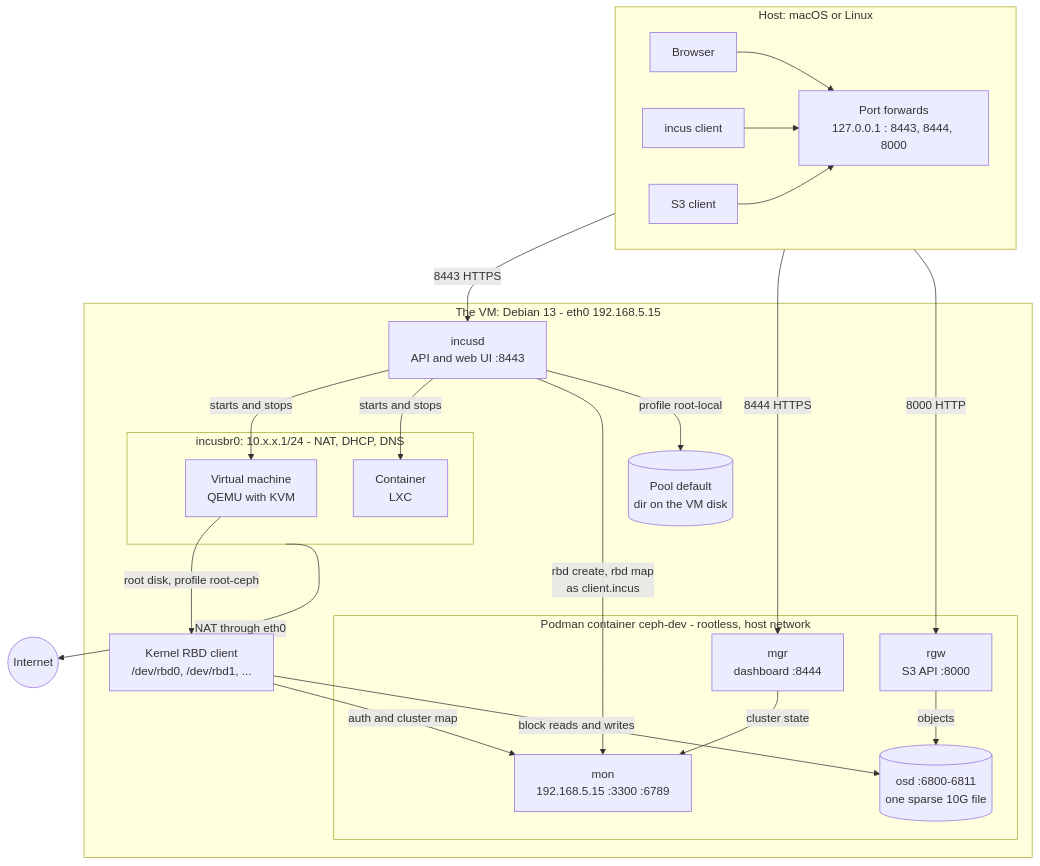
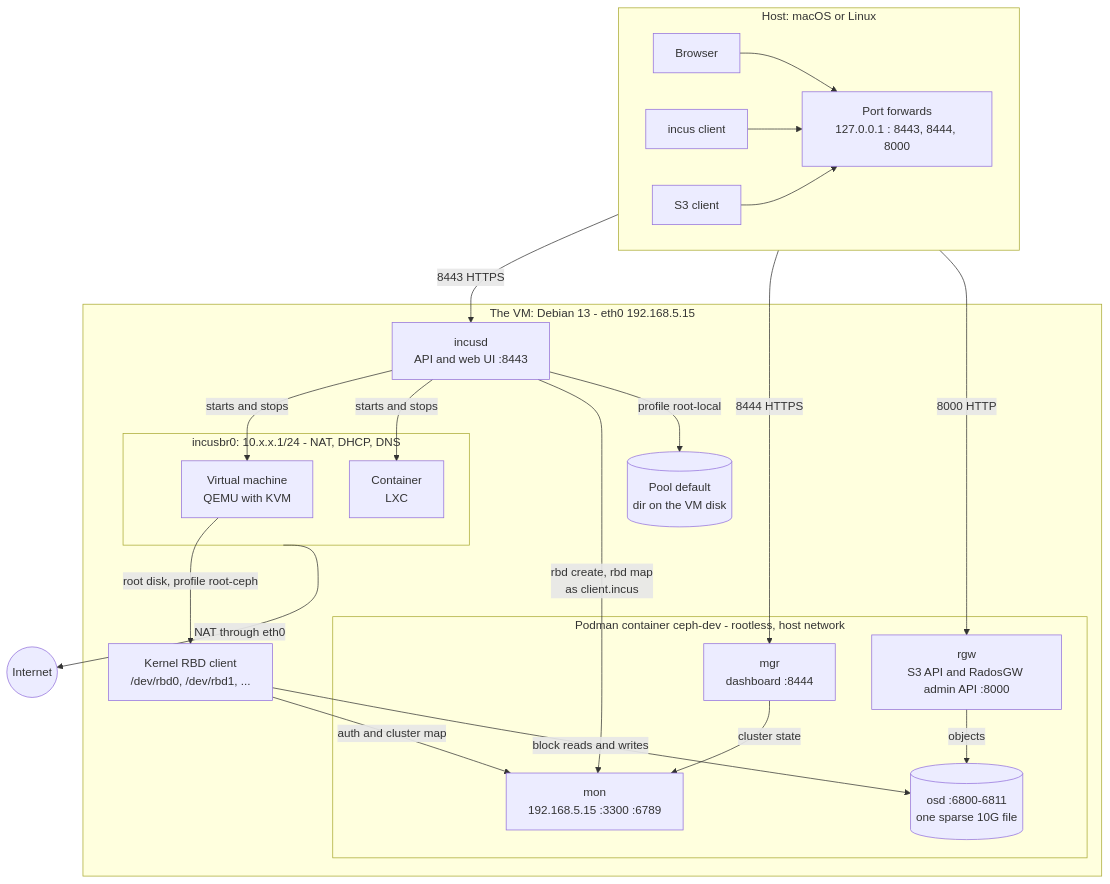
Before and after one commit to dataverket-org/incusdev-vm: the diagram in docs/architecture.md, drawn with Mermaid. The commit also changed other lines of this file and 16 other files, not shown here.

First line of the commit message:
feat: status task, RadosGW admin API and a one-off up

````diff
--- a/docs/architecture.md
+++ b/docs/architecture.md
@@ -10,52 +10,52 @@
 ```mermaid
 flowchart TB
     subgraph host["Host: macOS or Linux"]
         direction LR
         browser["Browser"]
         cli["incus client"]
         s3c["S3 client"]
         fwd["Port forwards<br/>127.0.0.1 : 8443, 8444, 8000"]
     end
 
     internet(("Internet"))
 
     subgraph vm["The VM: Debian 13 - eth0 192.168.5.15"]
         incusd["incusd<br/>API and web UI :8443"]
         krbd["Kernel RBD client<br/>/dev/rbd0, /dev/rbd1, ..."]
         dirpool[("Pool default<br/>dir on the VM disk")]
 
         subgraph bridge["incusbr0: 10.x.x.1/24 - NAT, DHCP, DNS"]
             guestvm["Virtual machine<br/>QEMU with KVM"]
             guestct["Container<br/>LXC"]
         end
 
         subgraph ceph["Podman container ceph-dev - rootless, host network"]
             mon["mon<br/>192.168.5.15 :3300 :6789"]
             mgr["mgr<br/>dashboard :8444"]
-            rgw["rgw<br/>S3 API :8000"]
+            rgw["rgw<br/>S3 API and RadosGW admin API :8000"]
             osd[("osd :6800-6811<br/>one sparse 10G file")]
         end
     end
 
     browser --> fwd
     cli --> fwd
     s3c --> fwd
 
     fwd -- "8443 HTTPS" --> incusd
     fwd -- "8444 HTTPS" --> mgr
     fwd -- "8000 HTTP" --> rgw
 
     incusd -- "starts and stops" --> guestvm
     incusd -- "starts and stops" --> guestct
     incusd -- "rbd create, rbd map<br/>as client.incus" --> mon
     incusd -- "profile root-local" --> dirpool
 
     guestvm -- "root disk, profile root-ceph" --> krbd
     krbd -- "auth and cluster map" --> mon
     krbd -- "block reads and writes" --> osd
 
     rgw -- "objects" --> osd
     mgr -- "cluster state" --> mon
 
     bridge -- "NAT through eth0" --> internet
 ```
````
